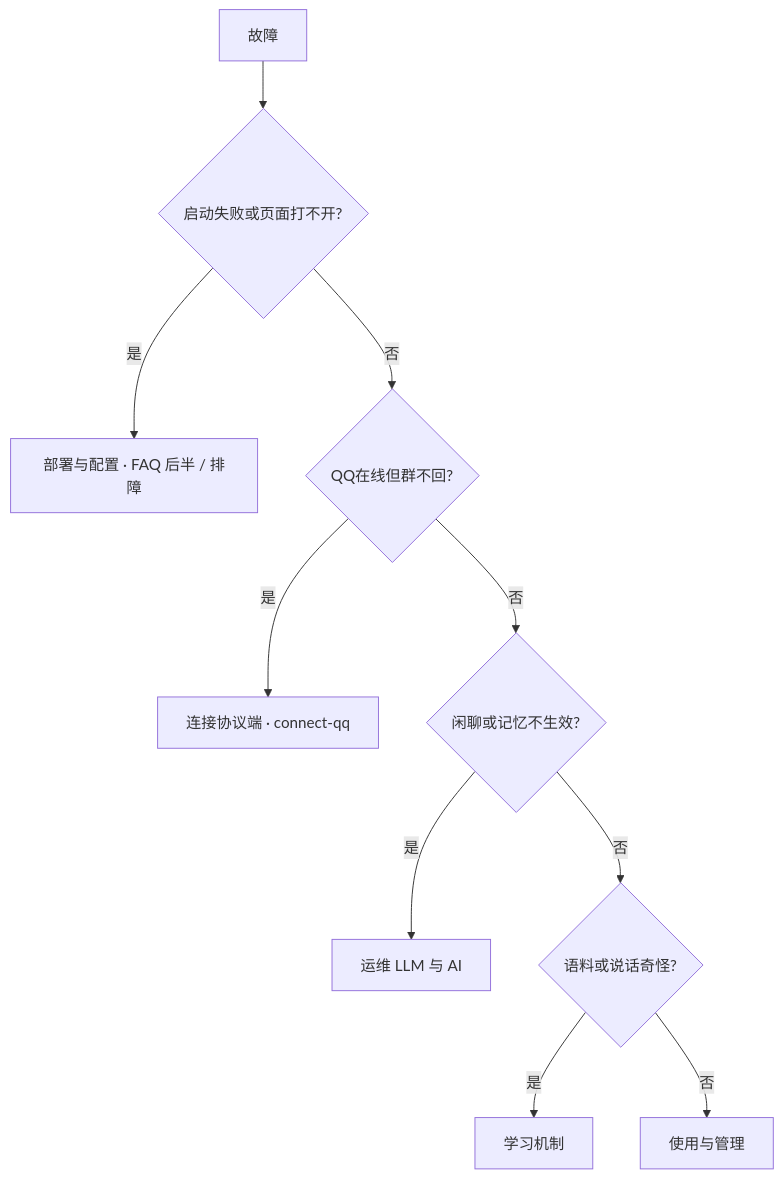
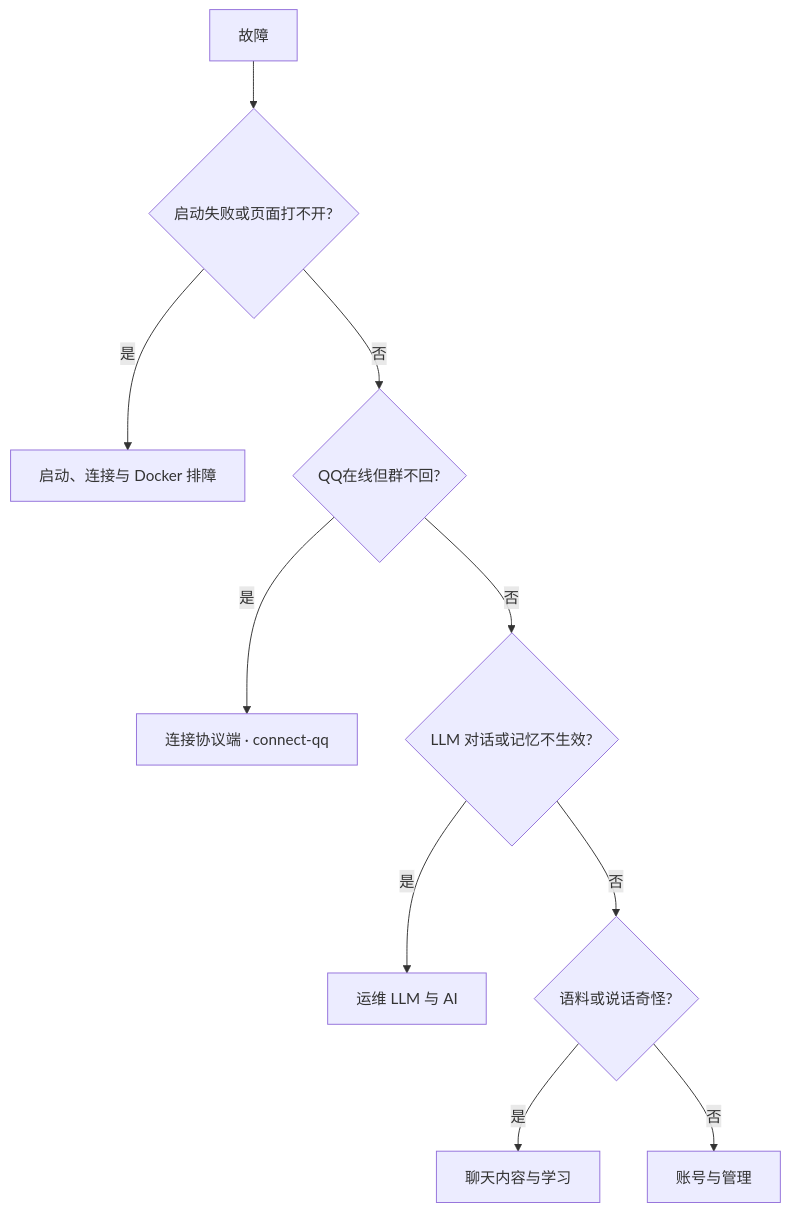
One commit to PallasBot/Pallas-Bot-Docs changed the diagram in src/deploy/faq.md. Above: the diagram before and after it, drawn with Mermaid. The commit also changed other lines of this file and 104 other files, not shown here.

````diff
--- a/src/deploy/faq.md
+++ b/src/deploy/faq.md
@@ -7,12 +7,12 @@
 ```mermaid
 flowchart TD
   Start[故障] --> Boot{启动失败或页面打不开?}
-  Boot -->|是| Dep[部署与配置 · FAQ 后半 / 排障]
+  Boot -->|是| Dep[启动、连接与 Docker 排障]
   Boot -->|否| QQ{QQ在线但群不回?}
   QQ -->|是| Proto[连接协议端 · connect-qq]
-  QQ -->|否| AI{闲聊或记忆不生效?}
+  QQ -->|否| AI{LLM 对话或记忆不生效?}
   AI -->|是| Llm[运维 LLM 与 AI]
   AI -->|否| Learn{语料或说话奇怪?}
-  Learn -->|是| LearnSec[学习机制]
-  Learn -->|否| Admin[使用与管理]
+  Learn -->|是| LearnSec[聊天内容与学习]
+  Learn -->|否| Admin[账号与管理]
 ```
````
